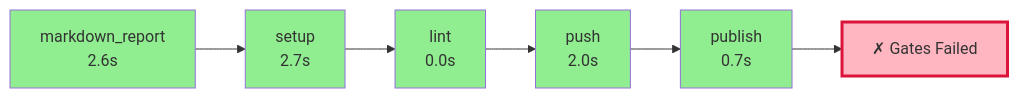
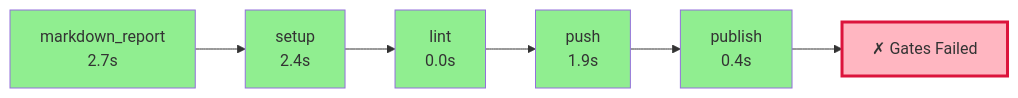
The diagram in .pyqual/report.md (wronai/fixos), drawn with Mermaid before and after one commit. The commit also changed other lines of this file and 2 other files, not shown here.

````diff
--- a/.pyqual/report.md
+++ b/.pyqual/report.md
@@ -10,20 +10,20 @@
 ```mermaid
 flowchart LR
-    S0["markdown_report<br/>2.6s"]
+    S0["markdown_report<br/>2.7s"]
     style S0 fill:#90EE90
-    S1["setup<br/>2.7s"]
+    S1["setup<br/>2.4s"]
     style S1 fill:#90EE90
     S0 --> S1
     S2["lint<br/>0.0s"]
     style S2 fill:#90EE90
     S1 --> S2
-    S3["push<br/>2.0s"]
+    S3["push<br/>1.9s"]
     style S3 fill:#90EE90
     S2 --> S3
-    S4["publish<br/>0.7s"]
+    S4["publish<br/>0.4s"]
     style S4 fill:#90EE90
     S3 --> S4
     G["✗ Gates Failed"]
     style G fill:#FFB6C1,stroke:#DC143C,stroke-width:3px
     S4 --> G
 ```
````
